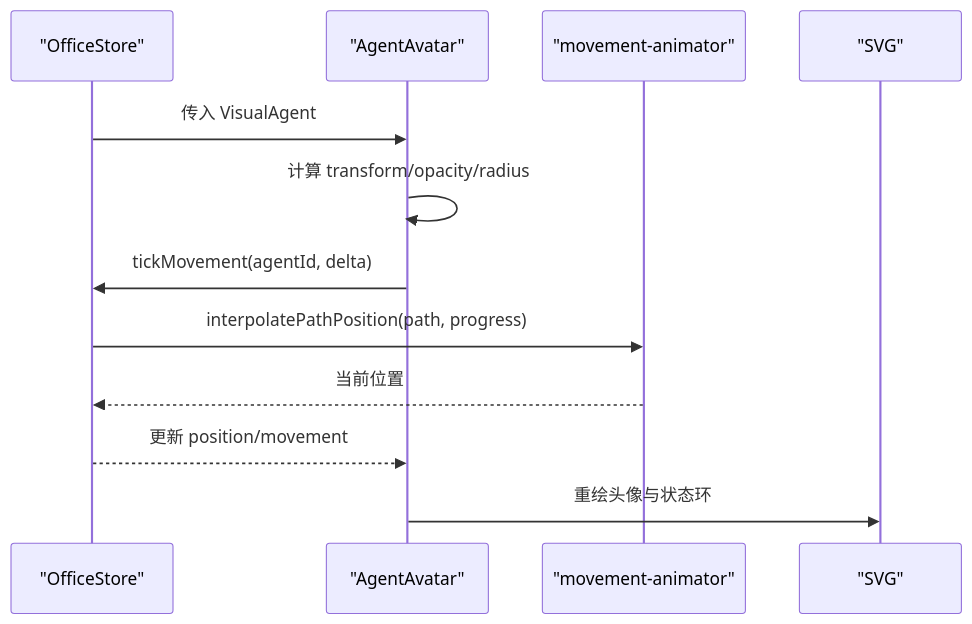
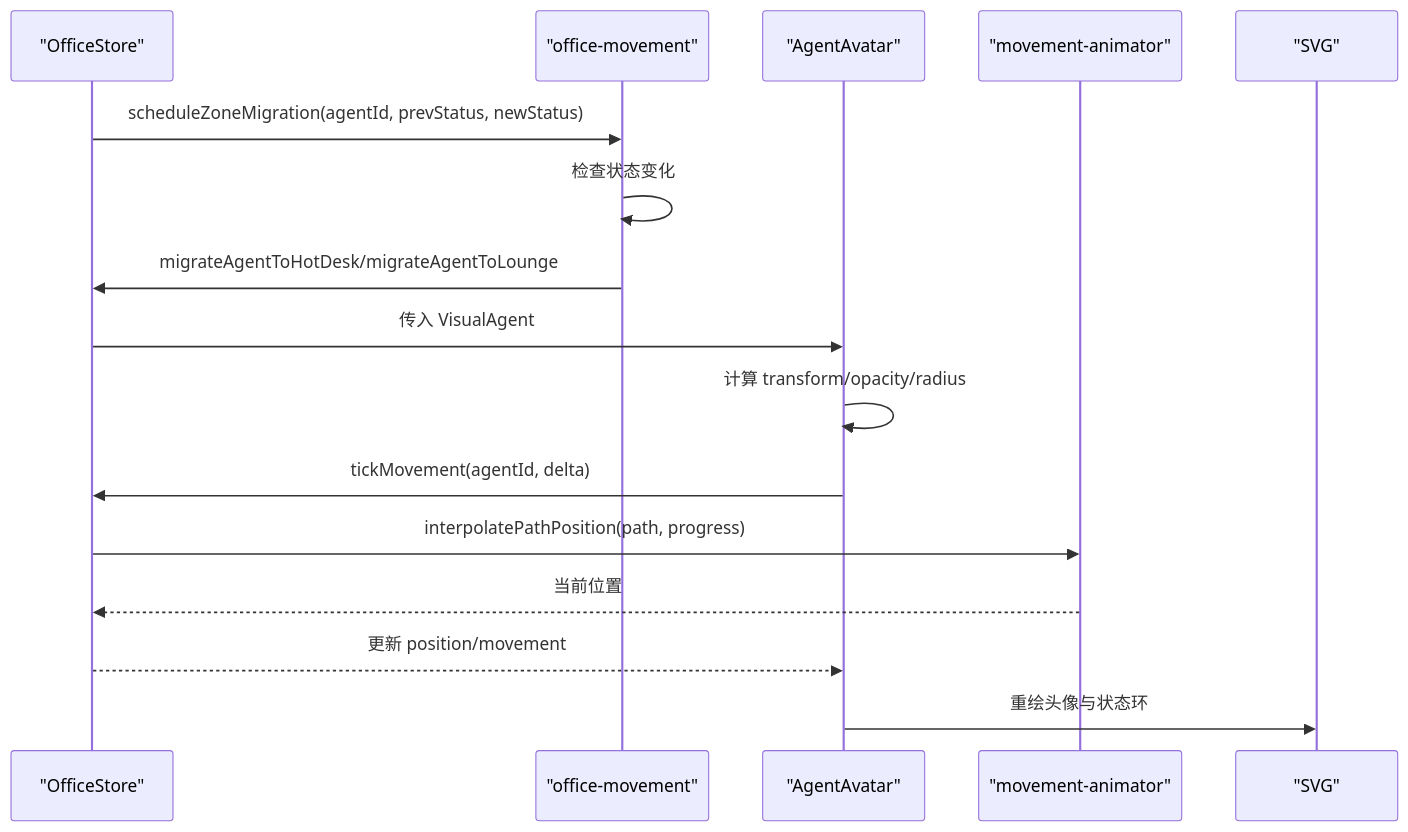
One commit to WW-AI-Lab/openclaw-office changed the fifth of 8 diagrams in .qoder/repowiki/zh/content/状态管理系统/Office Store 核心设计.md. Above: the diagram before and after it, drawn with Mermaid. The commit also changed other lines of this file and 27 other files, not shown here.

````diff
--- a/.qoder/repowiki/zh/content/状态管理系统/Office Store 核心设计.md
+++ b/.qoder/repowiki/zh/content/状态管理系统/Office Store 核心设计.md
@@ -227,14 +261,18 @@
 ```mermaid
 sequenceDiagram
 participant OS as "OfficeStore"
+participant OM as "office-movement"
 participant AA as "AgentAvatar"
 participant MA as "movement-animator"
 participant DOM as "SVG"
+OS->>OM : scheduleZoneMigration(agentId, prevStatus, newStatus)
+OM->>OM : 检查状态变化
+OM->>OS : migrateAgentToHotDesk/migrateAgentToLounge
 OS->>AA : 传入 VisualAgent
 AA->>AA : 计算 transform/opacity/radius
 AA->>OS : tickMovement(agentId, delta)
 OS->>MA : interpolatePathPosition(path, progress)
 MA-->>OS : 当前位置
 OS-->>AA : 更新 position/movement
 AA->>DOM : 重绘头像与状态环
 ```
````
